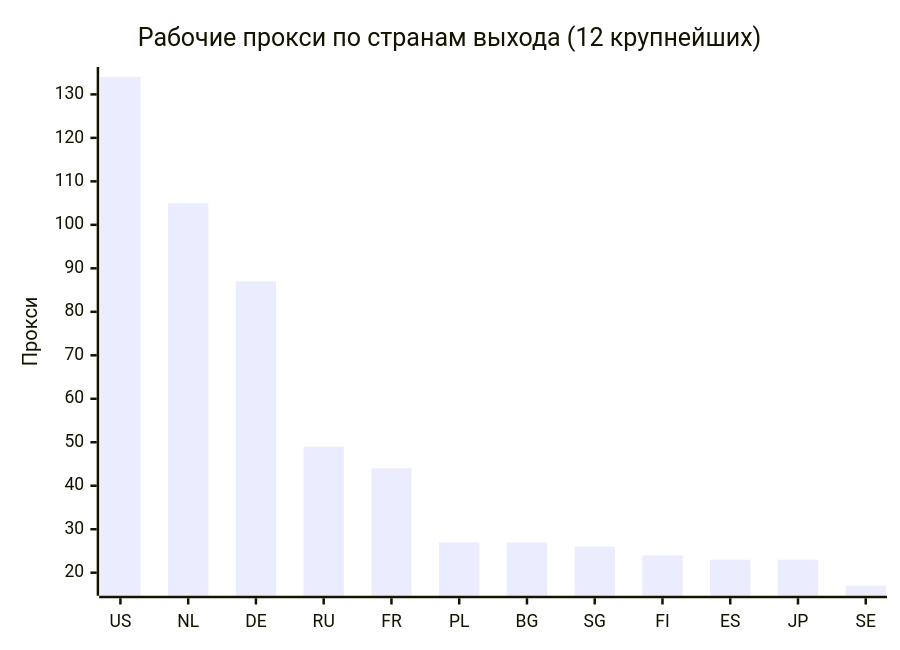
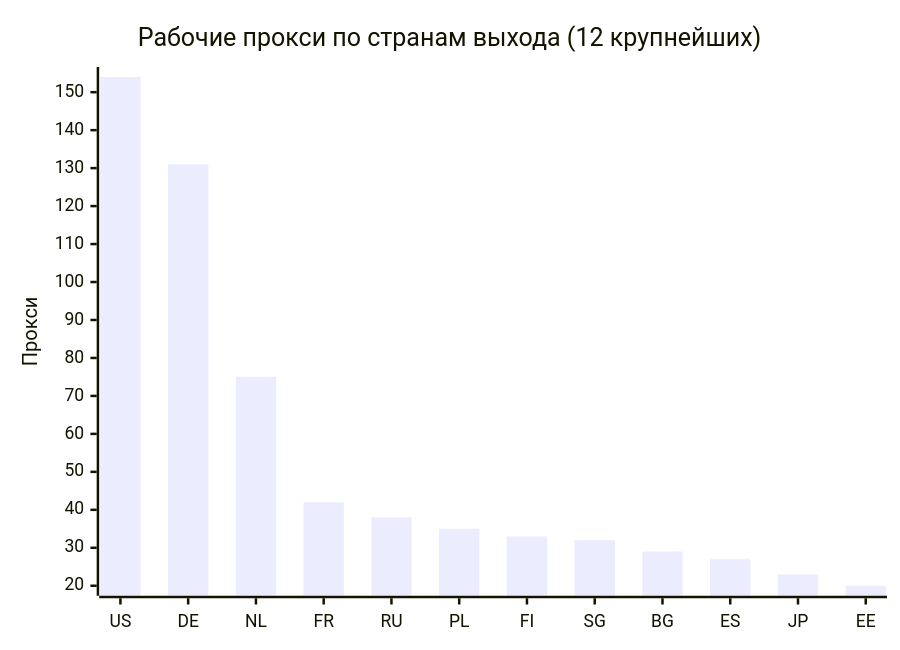
One commit to rvvg/proxy-subs changed the second of 4 diagrams in README.md. Above: the diagram before and after it, drawn with Mermaid. The commit also changed other lines of this file and 44 other files, not shown here.

````diff
--- a/README.md
+++ b/README.md
@@ -124,7 +126,7 @@
 ```mermaid
 xychart-beta
     title "Рабочие прокси по странам выхода (12 крупнейших)"
-    x-axis ["US", "NL", "DE", "RU", "FR", "PL", "BG", "SG", "FI", "ES", "JP", "SE"]
+    x-axis ["US", "DE", "NL", "FR", "RU", "PL", "FI", "SG", "BG", "ES", "JP", "EE"]
     y-axis "Прокси"
-    bar [134, 105, 87, 49, 44, 27, 27, 26, 24, 23, 23, 17]
+    bar [154, 131, 75, 42, 38, 35, 33, 32, 29, 27, 23, 20]
 ```
````
